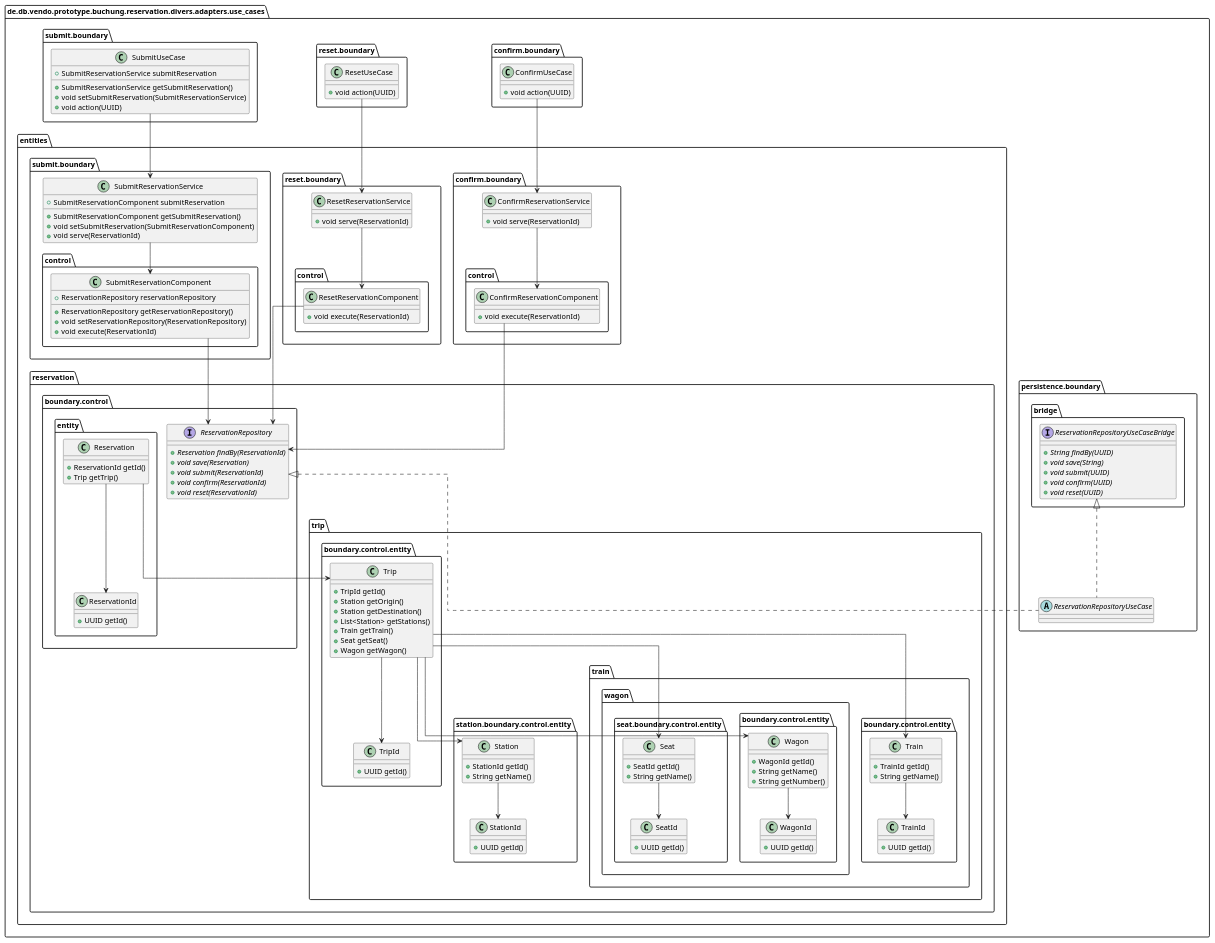
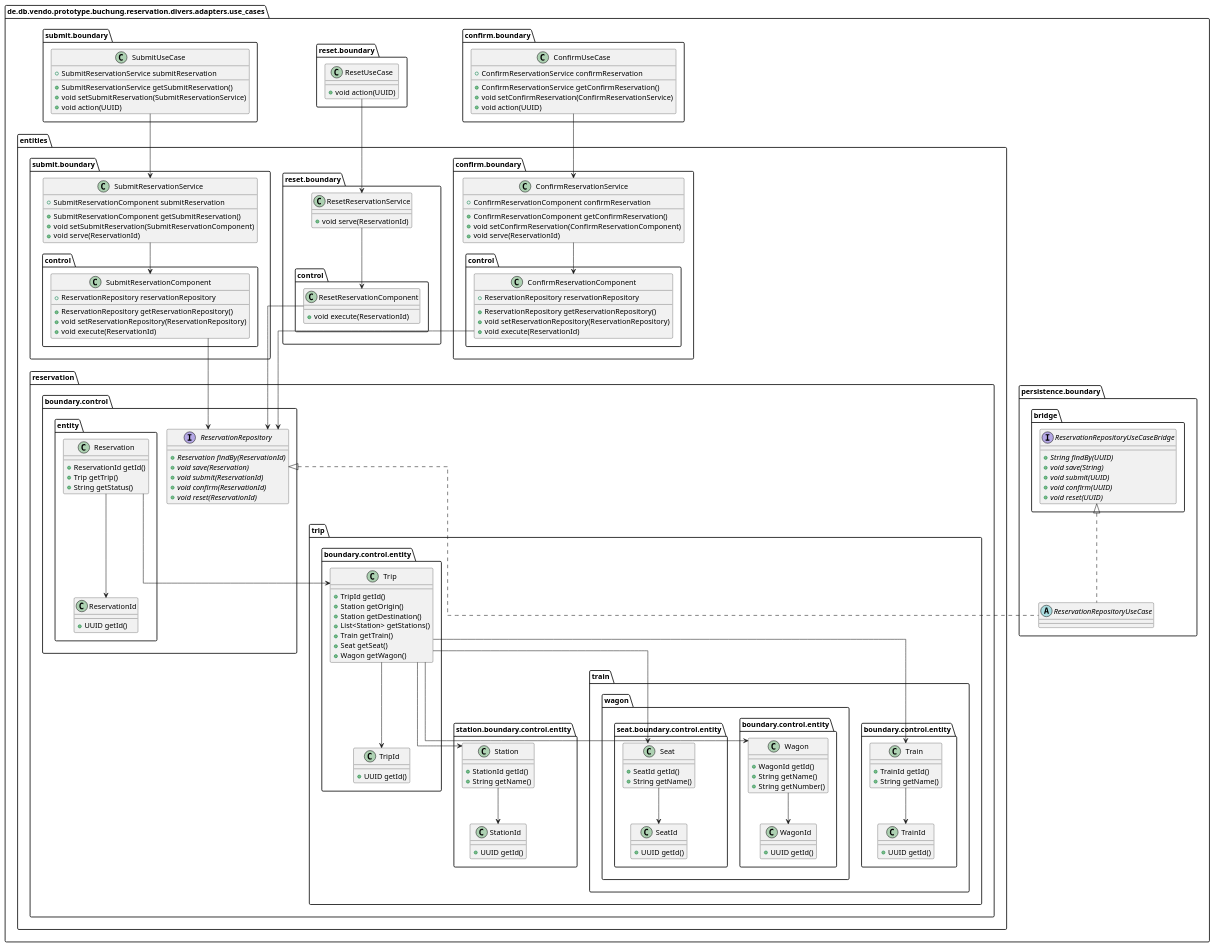
Before and after one commit to punkratz312/reservation-proto: the diagram in doc/uml/puml/use_cases.puml, drawn with PlantUML. The commit also changed 13 other files, not shown here.

```diff
--- a/doc/uml/puml/use_cases.puml
+++ b/doc/uml/puml/use_cases.puml
@@ -1,131 +1,144 @@
 @startuml
 !pragma useIntermediatePackages false
 skinparam linetype ortho
 show stereotype
 
 class "ConfirmUseCase" as de.db.vendo.prototype.buchung.reservation.divers.adapters.use_cases.confirm.boundary.ConfirmUseCase {
+  +ConfirmReservationService confirmReservation
+  __
+  +ConfirmReservationService getConfirmReservation()
+  +void setConfirmReservation(ConfirmReservationService)
   +void action(UUID)
 }
 class "ConfirmReservationService" as de.db.vendo.prototype.buchung.reservation.divers.adapters.use_cases.entities.confirm.boundary.ConfirmReservationService {
+  +ConfirmReservationComponent confirmReservation
+  __
+  +ConfirmReservationComponent getConfirmReservation()
+  +void setConfirmReservation(ConfirmReservationComponent)
   +void serve(ReservationId)
 }
 class "ConfirmReservationComponent" as de.db.vendo.prototype.buchung.reservation.divers.adapters.use_cases.entities.confirm.boundary.control.ConfirmReservationComponent {
+  +ReservationRepository reservationRepository
+  __
+  +ReservationRepository getReservationRepository()
+  +void setReservationRepository(ReservationRepository)
   +void execute(ReservationId)
 }
 interface "ReservationRepository" as de.db.vendo.prototype.buchung.reservation.divers.adapters.use_cases.entities.reservation.boundary.control.ReservationRepository {
   + {abstract}Reservation findBy(ReservationId)
   + {abstract}void save(Reservation)
   + {abstract}void submit(ReservationId)
   + {abstract}void confirm(ReservationId)
   + {abstract}void reset(ReservationId)
 }
 class "Reservation" as de.db.vendo.prototype.buchung.reservation.divers.adapters.use_cases.entities.reservation.boundary.control.entity.Reservation {
   +ReservationId getId()
   +Trip getTrip()
+  +String getStatus()
 }
 class "ReservationId" as de.db.vendo.prototype.buchung.reservation.divers.adapters.use_cases.entities.reservation.boundary.control.entity.ReservationId {
   +UUID getId()
 }
 class "Trip" as de.db.vendo.prototype.buchung.reservation.divers.adapters.use_cases.entities.reservation.trip.boundary.control.entity.Trip {
   +TripId getId()
   +Station getOrigin()
   +Station getDestination()
   +List<Station> getStations()
   +Train getTrain()
   +Seat getSeat()
   +Wagon getWagon()
 }
 class "TripId" as de.db.vendo.prototype.buchung.reservation.divers.adapters.use_cases.entities.reservation.trip.boundary.control.entity.TripId {
   +UUID getId()
 }
 class "Station" as de.db.vendo.prototype.buchung.reservation.divers.adapters.use_cases.entities.reservation.trip.station.boundary.control.entity.Station {
   +StationId getId()
   +String getName()
 }
 class "StationId" as de.db.vendo.prototype.buchung.reservation.divers.adapters.use_cases.entities.reservation.trip.station.boundary.control.entity.StationId {
   +UUID getId()
 }
 class "Train" as de.db.vendo.prototype.buchung.reservation.divers.adapters.use_cases.entities.reservation.trip.train.boundary.control.entity.Train {
   +TrainId getId()
   +String getName()
 }
 class "TrainId" as de.db.vendo.prototype.buchung.reservation.divers.adapters.use_cases.entities.reservation.trip.train.boundary.control.entity.TrainId {
   +UUID getId()
 }
 class "Wagon" as de.db.vendo.prototype.buchung.reservation.divers.adapters.use_cases.entities.reservation.trip.train.wagon.boundary.control.entity.Wagon {
   +WagonId getId()
   +String getName()
   +String getNumber()
 }
 class "WagonId" as de.db.vendo.prototype.buchung.reservation.divers.adapters.use_cases.entities.reservation.trip.train.wagon.boundary.control.entity.WagonId {
   +UUID getId()
 }
 class "Seat" as de.db.vendo.prototype.buchung.reservation.divers.adapters.use_cases.entities.reservation.trip.train.wagon.seat.boundary.control.entity.Seat {
   +SeatId getId()
   +String getName()
 }
 class "SeatId" as de.db.vendo.prototype.buchung.reservation.divers.adapters.use_cases.entities.reservation.trip.train.wagon.seat.boundary.control.entity.SeatId {
   +UUID getId()
 }
 class "ResetReservationService" as de.db.vendo.prototype.buchung.reservation.divers.adapters.use_cases.entities.reset.boundary.ResetReservationService {
   +void serve(ReservationId)
 }
 class "ResetReservationComponent" as de.db.vendo.prototype.buchung.reservation.divers.adapters.use_cases.entities.reset.boundary.control.ResetReservationComponent {
   +void execute(ReservationId)
 }
 class "SubmitReservationService" as de.db.vendo.prototype.buchung.reservation.divers.adapters.use_cases.entities.submit.boundary.SubmitReservationService {
   +SubmitReservationComponent submitReservation
   __
   +SubmitReservationComponent getSubmitReservation()
   +void setSubmitReservation(SubmitReservationComponent)
   +void serve(ReservationId)
 }
 class "SubmitReservationComponent" as de.db.vendo.prototype.buchung.reservation.divers.adapters.use_cases.entities.submit.boundary.control.SubmitReservationComponent {
   +ReservationRepository reservationRepository
   __
   +ReservationRepository getReservationRepository()
   +void setReservationRepository(ReservationRepository)
   +void execute(ReservationId)
 }
 abstract class "ReservationRepositoryUseCase" as de.db.vendo.prototype.buchung.reservation.divers.adapters.use_cases.persistence.boundary.ReservationRepositoryUseCase {
 }
 interface "ReservationRepositoryUseCaseBridge" as de.db.vendo.prototype.buchung.reservation.divers.adapters.use_cases.persistence.boundary.bridge.ReservationRepositoryUseCaseBridge {
   + {abstract}String findBy(UUID)
   + {abstract}void save(String)
   + {abstract}void submit(UUID)
   + {abstract}void confirm(UUID)
   + {abstract}void reset(UUID)
 }
 class "ResetUseCase" as de.db.vendo.prototype.buchung.reservation.divers.adapters.use_cases.reset.boundary.ResetUseCase {
   +void action(UUID)
 }
 class "SubmitUseCase" as de.db.vendo.prototype.buchung.reservation.divers.adapters.use_cases.submit.boundary.SubmitUseCase {
   +SubmitReservationService submitReservation
   __
   +SubmitReservationService getSubmitReservation()
   +void setSubmitReservation(SubmitReservationService)
   +void action(UUID)
 }
 de.db.vendo.prototype.buchung.reservation.divers.adapters.use_cases.confirm.boundary.ConfirmUseCase --> de.db.vendo.prototype.buchung.reservation.divers.adapters.use_cases.entities.confirm.boundary.ConfirmReservationService
 de.db.vendo.prototype.buchung.reservation.divers.adapters.use_cases.entities.confirm.boundary.ConfirmReservationService --> de.db.vendo.prototype.buchung.reservation.divers.adapters.use_cases.entities.confirm.boundary.control.ConfirmReservationComponent
 de.db.vendo.prototype.buchung.reservation.divers.adapters.use_cases.entities.confirm.boundary.control.ConfirmReservationComponent --> de.db.vendo.prototype.buchung.reservation.divers.adapters.use_cases.entities.reservation.boundary.control.ReservationRepository
 de.db.vendo.prototype.buchung.reservation.divers.adapters.use_cases.entities.reservation.boundary.control.entity.Reservation --> de.db.vendo.prototype.buchung.reservation.divers.adapters.use_cases.entities.reservation.trip.boundary.control.entity.Trip
 de.db.vendo.prototype.buchung.reservation.divers.adapters.use_cases.entities.reservation.boundary.control.entity.Reservation --> de.db.vendo.prototype.buchung.reservation.divers.adapters.use_cases.entities.reservation.boundary.control.entity.ReservationId
 de.db.vendo.prototype.buchung.reservation.divers.adapters.use_cases.entities.reservation.trip.boundary.control.entity.Trip --> de.db.vendo.prototype.buchung.reservation.divers.adapters.use_cases.entities.reservation.trip.boundary.control.entity.TripId
 de.db.vendo.prototype.buchung.reservation.divers.adapters.use_cases.entities.reservation.trip.boundary.control.entity.Trip --> de.db.vendo.prototype.buchung.reservation.divers.adapters.use_cases.entities.reservation.trip.station.boundary.control.entity.Station
 de.db.vendo.prototype.buchung.reservation.divers.adapters.use_cases.entities.reservation.trip.boundary.control.entity.Trip --> de.db.vendo.prototype.buchung.reservation.divers.adapters.use_cases.entities.reservation.trip.train.wagon.seat.boundary.control.entity.Seat
 de.db.vendo.prototype.buchung.reservation.divers.adapters.use_cases.entities.reservation.trip.boundary.control.entity.Trip --> de.db.vendo.prototype.buchung.reservation.divers.adapters.use_cases.entities.reservation.trip.train.boundary.control.entity.Train
 de.db.vendo.prototype.buchung.reservation.divers.adapters.use_cases.entities.reservation.trip.boundary.control.entity.Trip --> de.db.vendo.prototype.buchung.reservation.divers.adapters.use_cases.entities.reservation.trip.train.wagon.boundary.control.entity.Wagon
 de.db.vendo.prototype.buchung.reservation.divers.adapters.use_cases.entities.reservation.trip.station.boundary.control.entity.Station --> de.db.vendo.prototype.buchung.reservation.divers.adapters.use_cases.entities.reservation.trip.station.boundary.control.entity.StationId
 de.db.vendo.prototype.buchung.reservation.divers.adapters.use_cases.entities.reservation.trip.train.boundary.control.entity.Train --> de.db.vendo.prototype.buchung.reservation.divers.adapters.use_cases.entities.reservation.trip.train.boundary.control.entity.TrainId
 de.db.vendo.prototype.buchung.reservation.divers.adapters.use_cases.entities.reservation.trip.train.wagon.boundary.control.entity.Wagon --> de.db.vendo.prototype.buchung.reservation.divers.adapters.use_cases.entities.reservation.trip.train.wagon.boundary.control.entity.WagonId
 de.db.vendo.prototype.buchung.reservation.divers.adapters.use_cases.entities.reservation.trip.train.wagon.seat.boundary.control.entity.Seat --> de.db.vendo.prototype.buchung.reservation.divers.adapters.use_cases.entities.reservation.trip.train.wagon.seat.boundary.control.entity.SeatId
 de.db.vendo.prototype.buchung.reservation.divers.adapters.use_cases.entities.reset.boundary.ResetReservationService --> de.db.vendo.prototype.buchung.reservation.divers.adapters.use_cases.entities.reset.boundary.control.ResetReservationComponent
 de.db.vendo.prototype.buchung.reservation.divers.adapters.use_cases.entities.reset.boundary.control.ResetReservationComponent --> de.db.vendo.prototype.buchung.reservation.divers.adapters.use_cases.entities.reservation.boundary.control.ReservationRepository
 de.db.vendo.prototype.buchung.reservation.divers.adapters.use_cases.entities.submit.boundary.SubmitReservationService --> de.db.vendo.prototype.buchung.reservation.divers.adapters.use_cases.entities.submit.boundary.control.SubmitReservationComponent
 de.db.vendo.prototype.buchung.reservation.divers.adapters.use_cases.entities.submit.boundary.control.SubmitReservationComponent --> de.db.vendo.prototype.buchung.reservation.divers.adapters.use_cases.entities.reservation.boundary.control.ReservationRepository
 de.db.vendo.prototype.buchung.reservation.divers.adapters.use_cases.persistence.boundary.ReservationRepositoryUseCase .u.|> de.db.vendo.prototype.buchung.reservation.divers.adapters.use_cases.entities.reservation.boundary.control.ReservationRepository
 de.db.vendo.prototype.buchung.reservation.divers.adapters.use_cases.persistence.boundary.ReservationRepositoryUseCase .u.|> de.db.vendo.prototype.buchung.reservation.divers.adapters.use_cases.persistence.boundary.bridge.ReservationRepositoryUseCaseBridge
 de.db.vendo.prototype.buchung.reservation.divers.adapters.use_cases.reset.boundary.ResetUseCase --> de.db.vendo.prototype.buchung.reservation.divers.adapters.use_cases.entities.reset.boundary.ResetReservationService
 de.db.vendo.prototype.buchung.reservation.divers.adapters.use_cases.submit.boundary.SubmitUseCase --> de.db.vendo.prototype.buchung.reservation.divers.adapters.use_cases.entities.submit.boundary.SubmitReservationService
 @enduml
```
